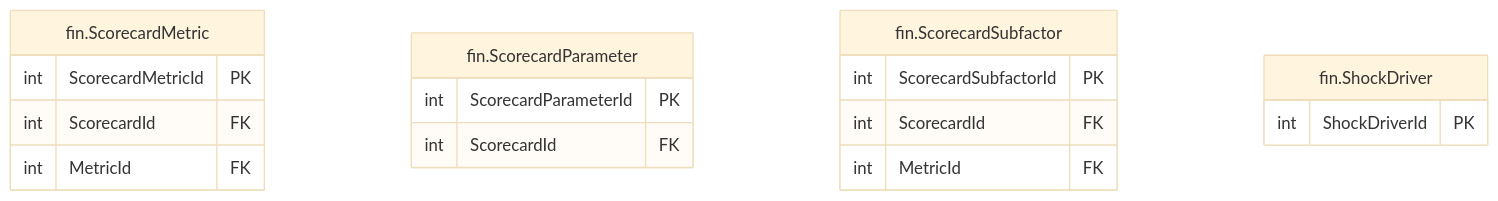
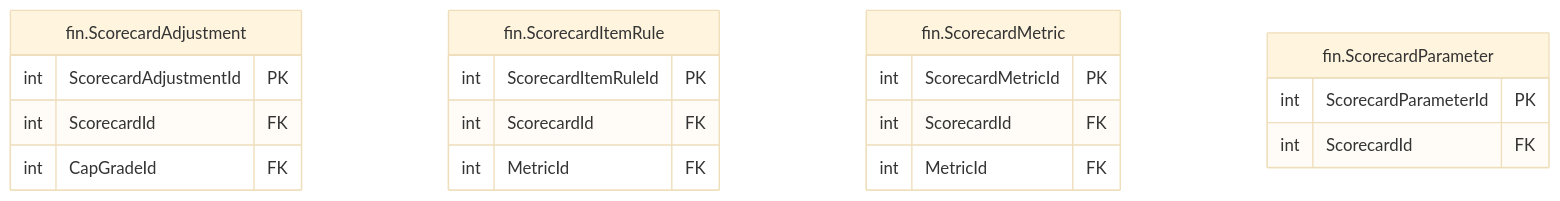
Before and after one commit to thawrasy/smartlines: the diagram in treasury-platform/docs/diagrams/erd/m5_financials_11.mmd, drawn with Mermaid (base theme). The commit also changed 126 other files, not shown here.

```diff
--- a/treasury-platform/docs/diagrams/erd/m5_financials_11.mmd
+++ b/treasury-platform/docs/diagrams/erd/m5_financials_11.mmd
@@ -1,19 +1,21 @@
 %% م5 · البيانات المالية والأرصدة (11/13) — Financial statements & balances
 erDiagram
+  fin_ScorecardAdjustment["fin.ScorecardAdjustment"] {
+    int ScorecardAdjustmentId PK
+    int ScorecardId FK
+    int CapGradeId FK
+  }
+  fin_ScorecardItemRule["fin.ScorecardItemRule"] {
+    int ScorecardItemRuleId PK
+    int ScorecardId FK
+    int MetricId FK
+  }
   fin_ScorecardMetric["fin.ScorecardMetric"] {
     int ScorecardMetricId PK
     int ScorecardId FK
     int MetricId FK
   }
   fin_ScorecardParameter["fin.ScorecardParameter"] {
     int ScorecardParameterId PK
     int ScorecardId FK
   }
-  fin_ScorecardSubfactor["fin.ScorecardSubfactor"] {
-    int ScorecardSubfactorId PK
-    int ScorecardId FK
-    int MetricId FK
-  }
-  fin_ShockDriver["fin.ShockDriver"] {
-    int ShockDriverId PK
-  }
```
